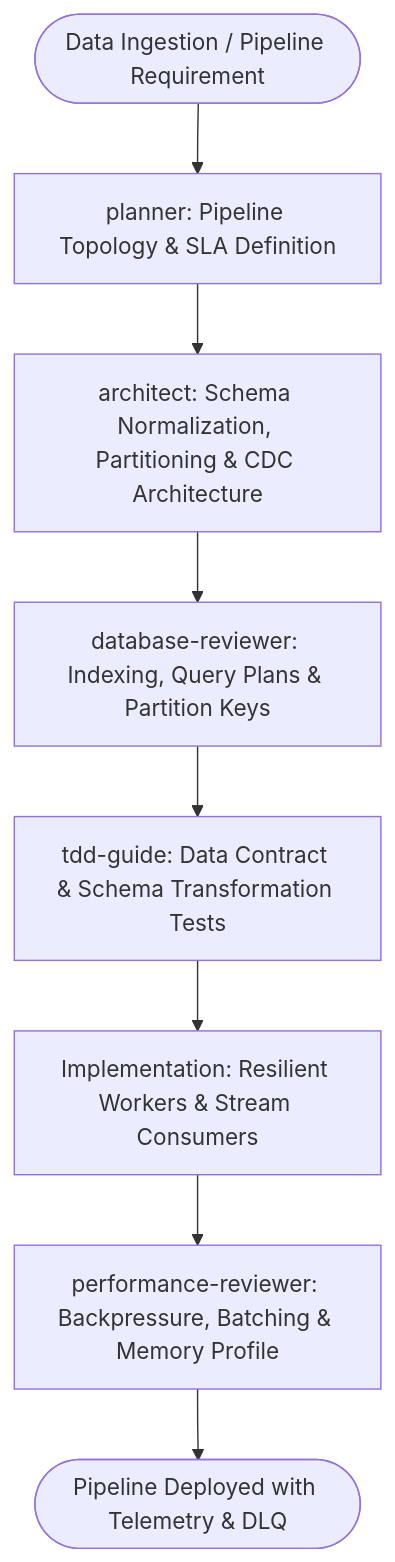
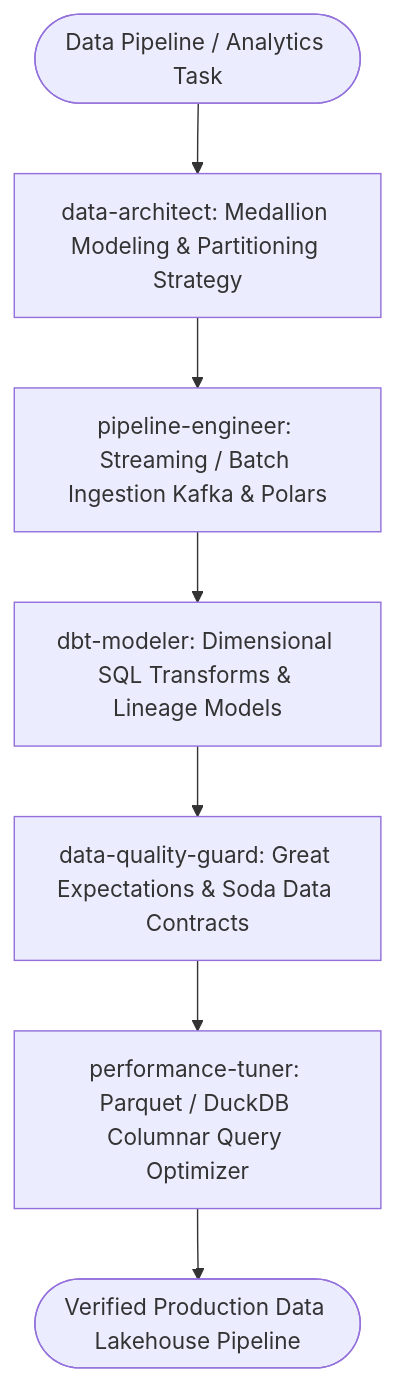
Before and after one commit to lengoctuong2005/vibe-rules-hub: the diagram in workflows/data-engineering-suite.md, drawn with Mermaid. The commit also changed other lines of this file and 26 other files, not shown here.

````diff
--- a/workflows/data-engineering-suite.md
+++ b/workflows/data-engineering-suite.md
@@ -23,10 +23,9 @@
 ```mermaid
 graph TD
-    DataReq([Data Ingestion / Pipeline Requirement]) --> Planner[planner: Pipeline Topology & SLA Definition]
-    Planner --> Architect[architect: Schema Normalization, Partitioning & CDC Architecture]
-    Architect --> DBReviewer[database-reviewer: Indexing, Query Plans & Partition Keys]
-    DBReviewer --> TDD[tdd-guide: Data Contract & Schema Transformation Tests]
-    TDD --> Implementer[Implementation: Resilient Workers & Stream Consumers]
-    Implementer --> PerfReviewer[performance-reviewer: Backpressure, Batching & Memory Profile]
-    PerfReviewer --> Deployed([Pipeline Deployed with Telemetry & DLQ])
+    DataReq([Data Pipeline / Analytics Task]) --> DataArchitect[data-architect: Medallion Modeling & Partitioning Strategy]
+    DataArchitect --> PipelineEng[pipeline-engineer: Streaming / Batch Ingestion Kafka & Polars]
+    PipelineEng --> DBTModeler[dbt-modeler: Dimensional SQL Transforms & Lineage Models]
+    DBTModeler --> QualityGuard[data-quality-guard: Great Expectations & Soda Data Contracts]
+    QualityGuard --> PerfTuner[performance-tuner: Parquet / DuckDB Columnar Query Optimizer]
+    PerfTuner --> DataProd([Verified Production Data Lakehouse Pipeline])
 ```
````
